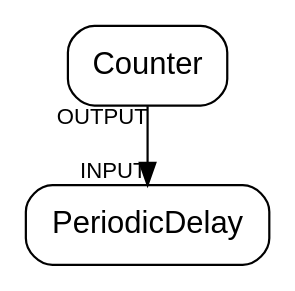
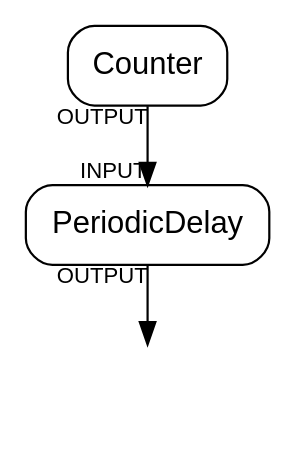
The diagram in example/simple/simple.dot (uboot/stromx), drawn with Graphviz before and after one commit. The commit also changed 8 other files, not shown here.

```diff
--- a/example/simple/simple.dot
+++ b/example/simple/simple.dot
@@ -1,7 +1,9 @@
 # dot simple.dot -Tpng  -osimple.png
 
 digraph stream
 {
-    node [shape = box, fontname = Helvetica, style = "rounded"]
+    node [shape = box, fontname = Helvetica, style = "rounded"] "Counter" "PeriodicDelay"
+    node [shape=plaintext]
     "Counter" -> "PeriodicDelay" [headlabel = "INPUT", taillabel = "OUTPUT", labelfontname = Helvetica, labelfontsize = "10pt"]
+    "PeriodicDelay" -> "" [taillabel = "OUTPUT", labelfontname = Helvetica, labelfontsize = "10pt"]
 }
```
